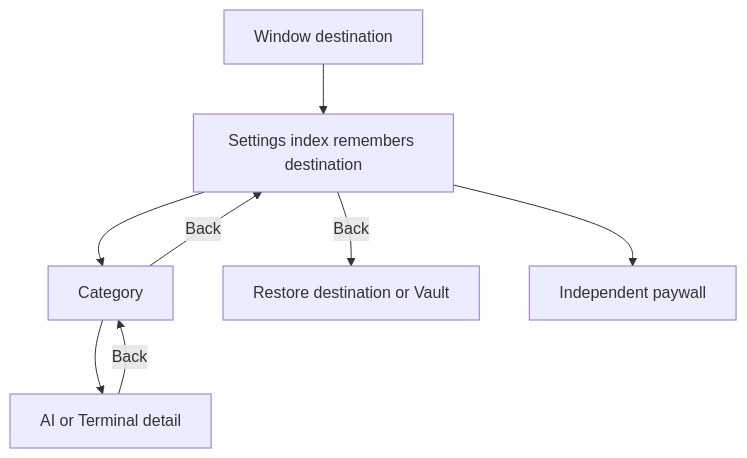
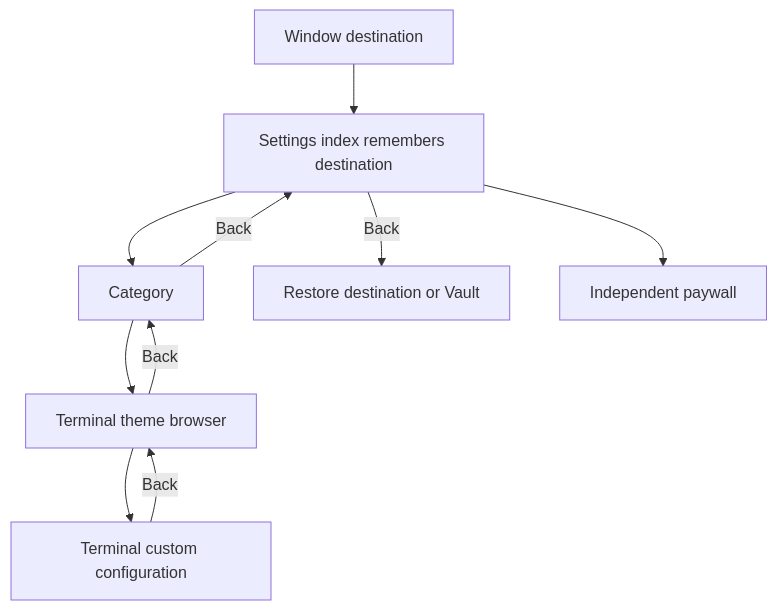
Before and after one commit to AkinoKaede/Termind: the second of 6 diagrams in openwiki/concepts/ui-design-principles.md, drawn with Mermaid. The commit also changed other lines of this file and 56 other files, not shown here.

````diff
--- a/openwiki/concepts/ui-design-principles.md
+++ b/openwiki/concepts/ui-design-principles.md
@@ -185,10 +189,12 @@
 ```mermaid
 flowchart TD
     Previous[Window destination] --> Index[Settings index remembers destination]
     Index --> Category[Category]
-    Category --> Detail[AI or Terminal detail]
-    Detail -->|Back| Category
+    Category --> Browser[Terminal theme browser]
+    Browser --> Editor[Terminal custom configuration]
+    Editor -->|Back| Browser
+    Browser -->|Back| Category
     Category -->|Back| Index
     Index -->|Back| Restore[Restore destination or Vault]
     Index --> Paywall[Independent paywall]
 ```
````
